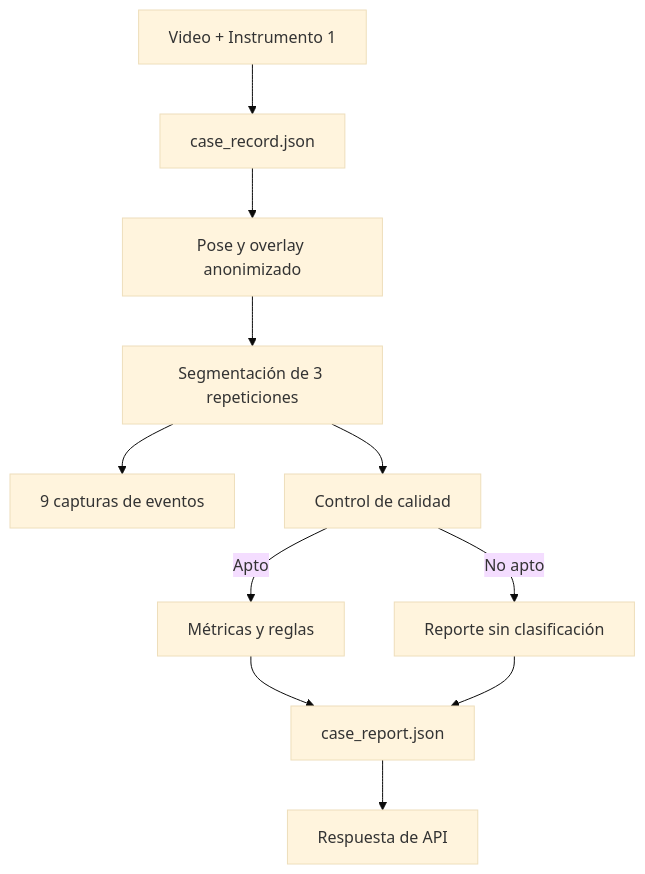
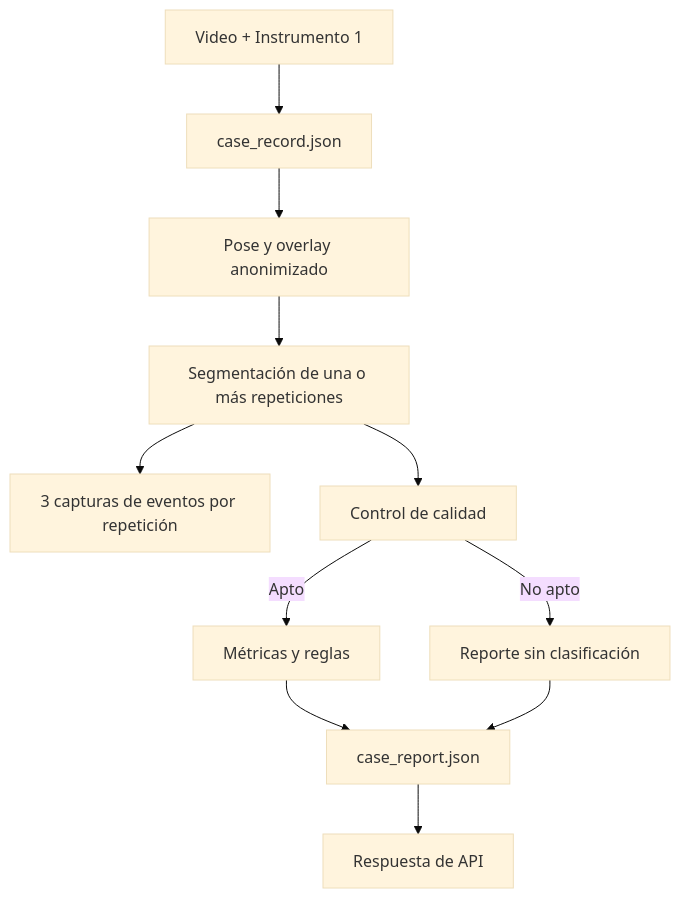
Before and after one commit to chap0308/sistema-biomecanico: the diagram in docs/evidencia_contratos_api_preinterfaz_sentadilla.md, drawn with Mermaid (base theme). The commit also changed other lines of this file and 44 other files, not shown here.

````diff
--- a/docs/evidencia_contratos_api_preinterfaz_sentadilla.md
+++ b/docs/evidencia_contratos_api_preinterfaz_sentadilla.md
@@ -27,13 +27,13 @@
 ```mermaid
 flowchart TD
     A["Video + Instrumento 1"] --> B["case_record.json"]
     B --> C["Pose y overlay anonimizado"]
-    C --> D["Segmentación de 3 repeticiones"]
-    D --> E["9 capturas de eventos"]
+    C --> D["Segmentación de una o más repeticiones"]
+    D --> E["3 capturas de eventos por repetición"]
     D --> F["Control de calidad"]
     F -->|"Apto"| G["Métricas y reglas"]
     F -->|"No apto"| H["Reporte sin clasificación"]
     G --> I["case_report.json"]
     H --> I
     I --> J["Respuesta de API"]
 ```
````
